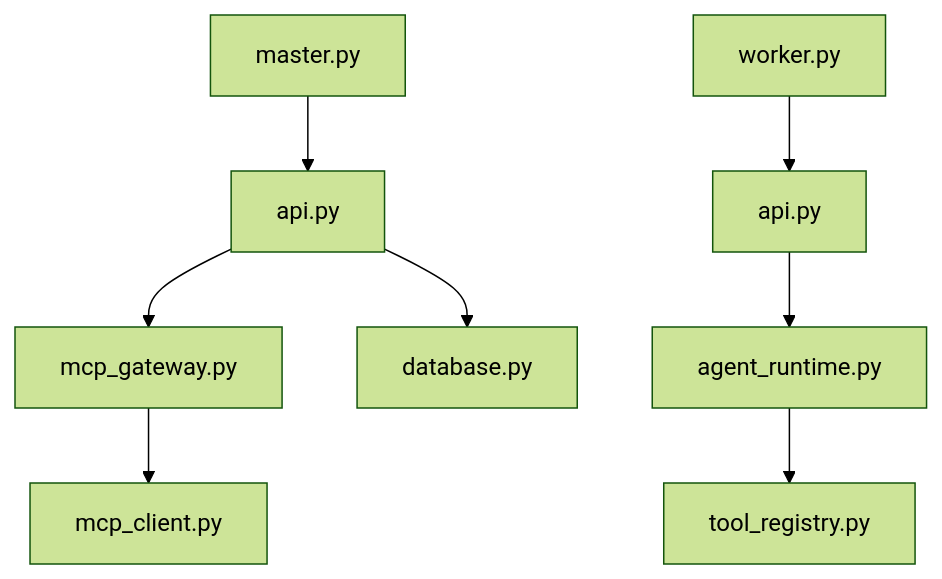
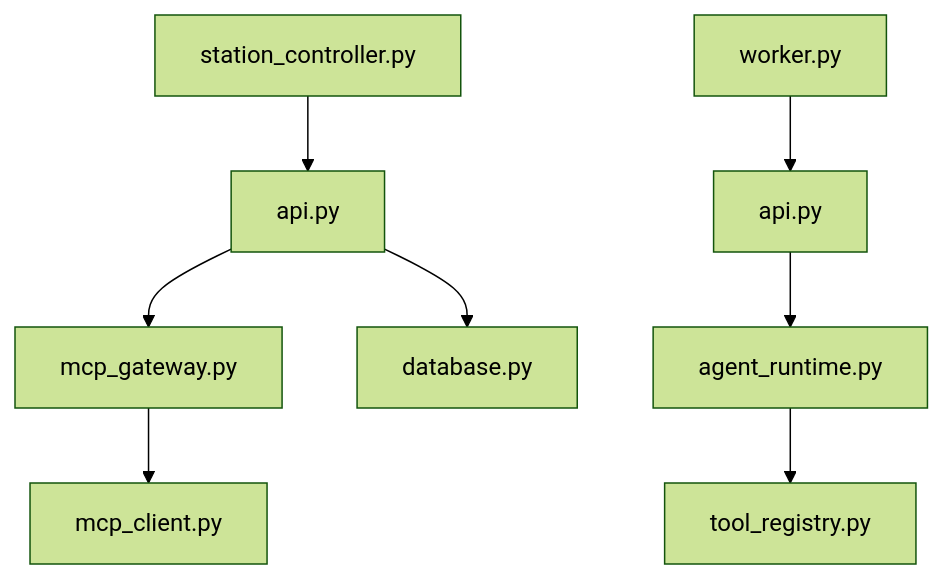
The seventh of 7 diagrams in .qoder/repowiki/zh/content/核心模块/任务编排系统/工具集成机制.md (targalian/Personal-distributed-workstation), drawn with Mermaid (forest theme) before and after one commit. The commit also changed other lines of this file and 63 other files, not shown here.

Commit message:
docs(station): 同步 repo wiki 至 station_controller/station_api 架构

````diff
--- a/.qoder/repowiki/zh/content/核心模块/任务编排系统/工具集成机制.md
+++ b/.qoder/repowiki/zh/content/核心模块/任务编排系统/工具集成机制.md
@@ -401,10 +401,10 @@
 ```mermaid
 graph TB
 API["api.py"] --> GW["mcp_gateway.py"]
 API --> DB["database.py"]
 GW --> MC["mcp_client.py"]
 WAPI["api.py"] --> AR["agent_runtime.py"]
 AR --> TR["tool_registry.py"]
-MAST["master.py"] --> API
+MAST["station_controller.py"] --> API
 WORK["worker.py"] --> WAPI
 ```
````
